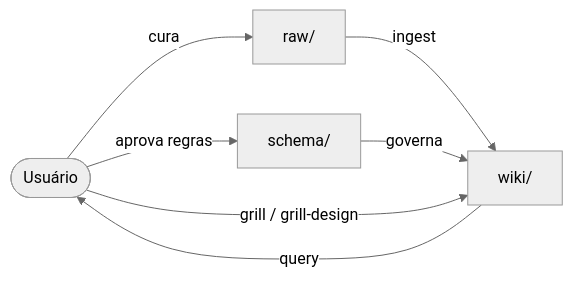
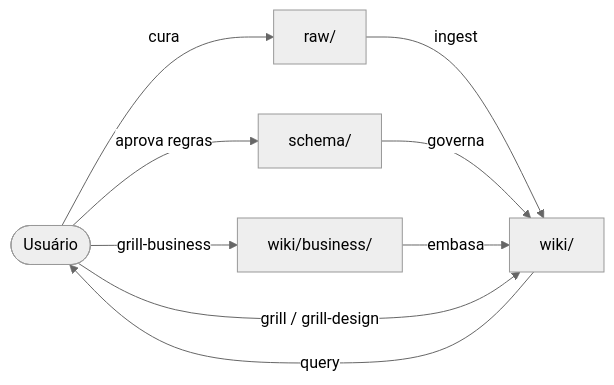
The diagram in skills/rws/core/architecture.md (victor-lis-bronzo/rws-skill), drawn with Mermaid (neutral theme) before and after one commit. The commit also changed other lines of this file and 33 other files, not shown here.

First line of the commit message:
feat(business): add business rules layer and /grill-business workflow

````diff
--- a/skills/rws/core/architecture.md
+++ b/skills/rws/core/architecture.md
@@ -63,9 +74,11 @@
 ```mermaid
 flowchart LR
     U(["Usuário"]) -- "cura" --> R["raw/"]
     R -- "ingest" --> W["wiki/"]
     S["schema/"] -- "governa" --> W
     W -- "query" --> U
+    U -- "grill-business" --> WB["wiki/business/"]
+    WB -- "embasa" --> W
     U -- "grill / grill-design" --> W
     U -- "aprova regras" --> S
 ```
````
